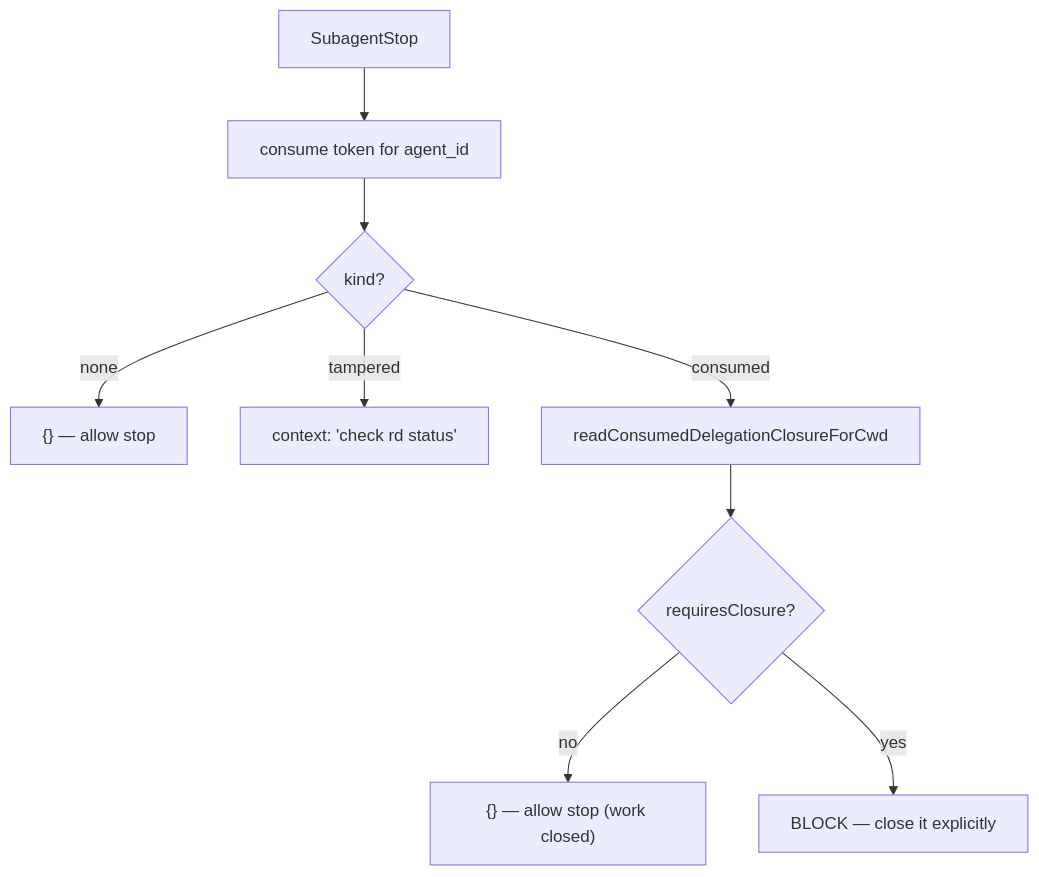
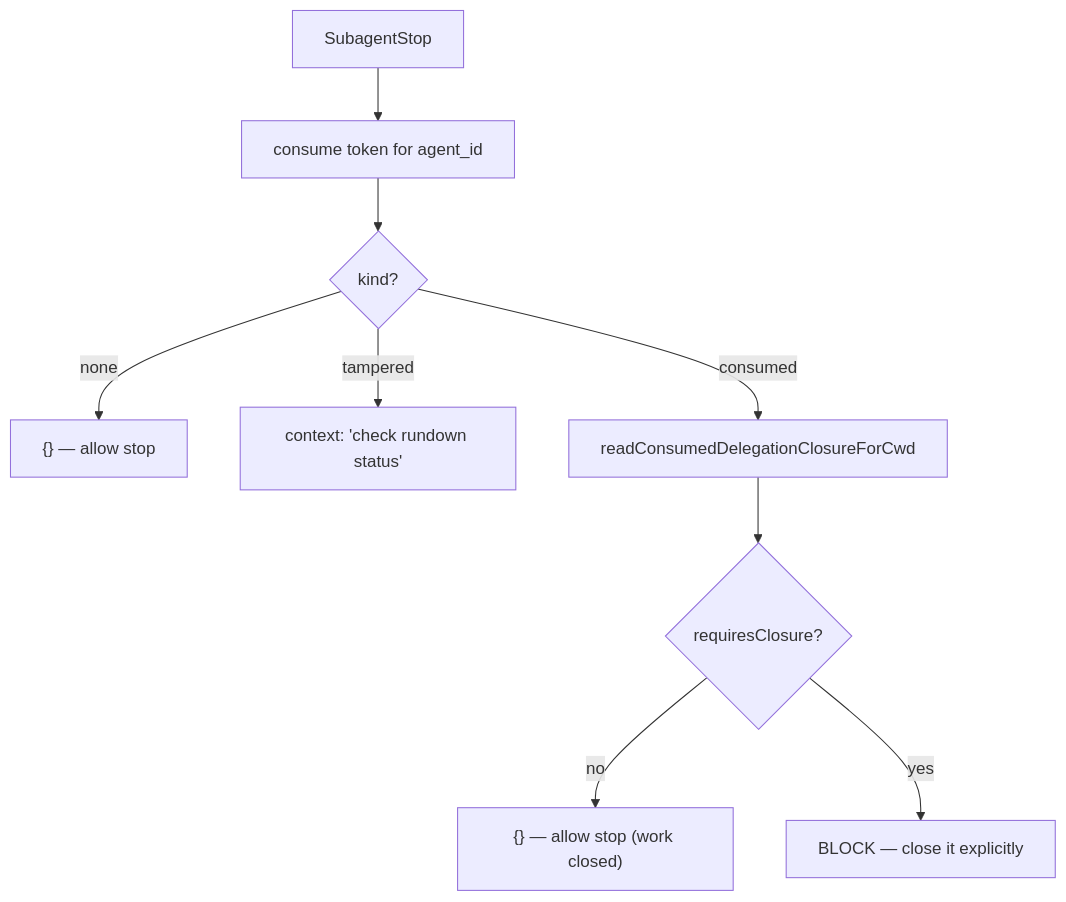
The fifth of 7 diagrams in packages/claude-code-plugin/docs/plugin-overview.md (tobyhede/rundown), drawn with Mermaid before and after one commit. The commit also changed other lines of this file and 6 other files, not shown here.

````diff
--- a/packages/claude-code-plugin/docs/plugin-overview.md
+++ b/packages/claude-code-plugin/docs/plugin-overview.md
@@ -327,11 +328,11 @@
 ```mermaid
 flowchart TD
     A["SubagentStop"] --> B["consume token for agent_id"]
     B --> C{"kind?"}
     C -->|none| D["{} — allow stop"]
-    C -->|tampered| E["context: 'check rd status'"]
+    C -->|tampered| E["context: 'check rundown status'"]
     C -->|consumed| F["readConsumedDelegationClosureForCwd"]
     F --> G{"requiresClosure?"}
     G -->|no| H["{} — allow stop (work closed)"]
     G -->|yes| I["BLOCK — close it explicitly"]
 ```
````
